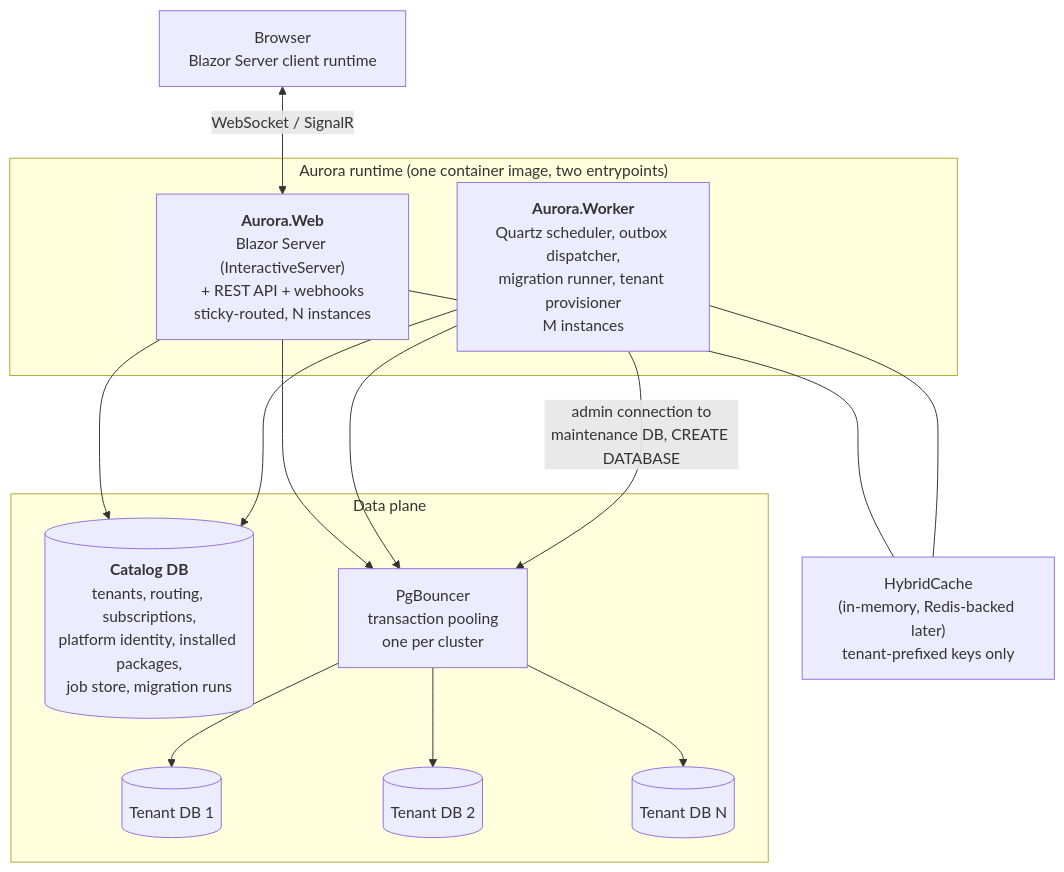
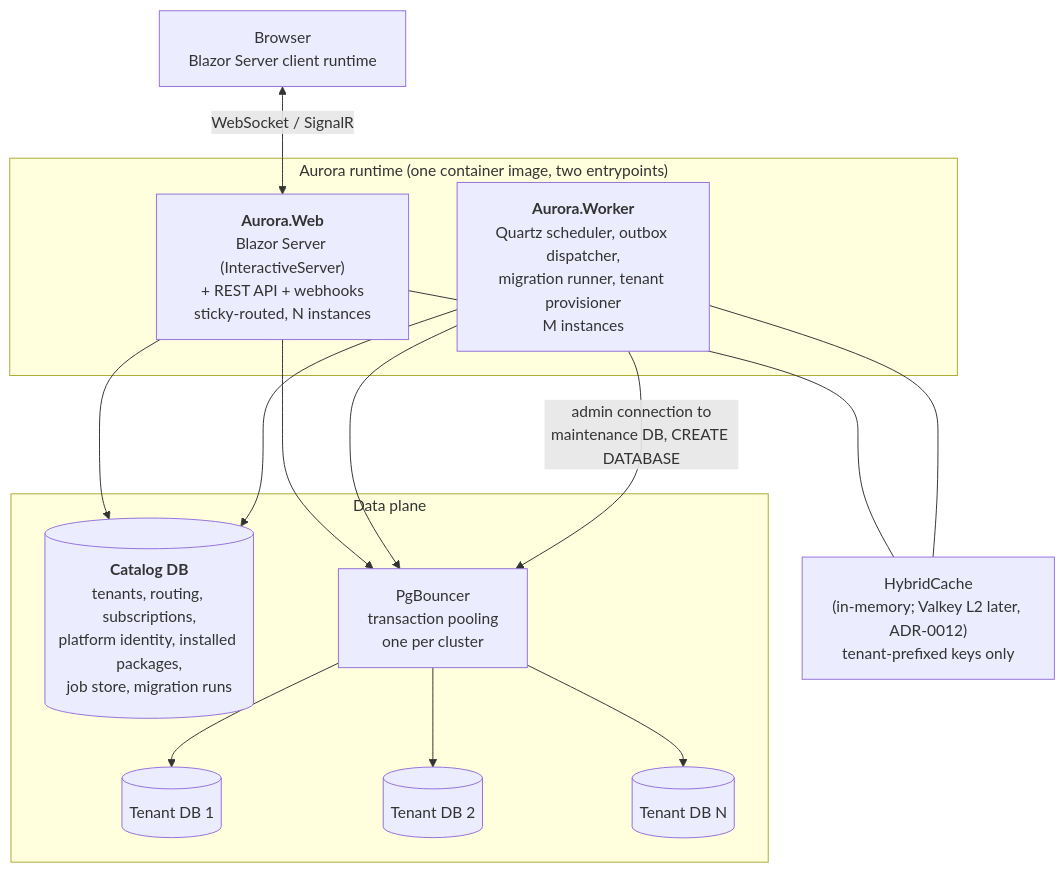
Before and after one commit to martiinpuman/AiTestLol: the second of 2 diagrams in docs/architecture/overview.md, drawn with Mermaid. The commit also changed 26 other files, not shown here.

First line of the commit message:
docs(adr): complete architecture foundation, 25 ADRs and module map

````diff
--- a/docs/architecture/overview.md
+++ b/docs/architecture/overview.md
@@ -54,31 +54,31 @@
 ```mermaid
 flowchart TB
   BROWSER["Browser<br/>Blazor Server client runtime"]
 
   subgraph Runtime["Aurora runtime (one container image, two entrypoints)"]
     WEB["<b>Aurora.Web</b><br/>Blazor Server (InteractiveServer)<br/>+ REST API + webhooks<br/>sticky-routed, N instances"]
     WORKER["<b>Aurora.Worker</b><br/>Quartz scheduler, outbox dispatcher,<br/>migration runner, tenant provisioner<br/>M instances"]
   end
 
   subgraph Data["Data plane"]
     CATALOG[("<b>Catalog DB</b><br/>tenants, routing, subscriptions,<br/>platform identity, installed packages,<br/>job store, migration runs")]
     POOL["PgBouncer<br/>transaction pooling<br/>one per cluster"]
     T1[("Tenant DB 1")]
     T2[("Tenant DB 2")]
     TN[("Tenant DB N")]
   end
 
-  CACHE["HybridCache<br/>(in-memory, Redis-backed later)<br/>tenant-prefixed keys only"]
+  CACHE["HybridCache<br/>(in-memory; Valkey L2 later, ADR-0012)<br/>tenant-prefixed keys only"]
 
   BROWSER <-->|"WebSocket / SignalR"| WEB
   WEB --> CATALOG
   WEB --> POOL
   WORKER --> CATALOG
   WORKER --> POOL
   WORKER -->|"admin connection to<br/>maintenance DB, CREATE DATABASE"| POOL
   POOL --> T1
   POOL --> T2
   POOL --> TN
   WEB --- CACHE
   WORKER --- CACHE
 ```
````
